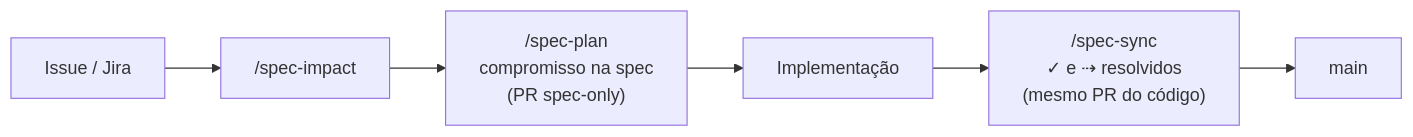
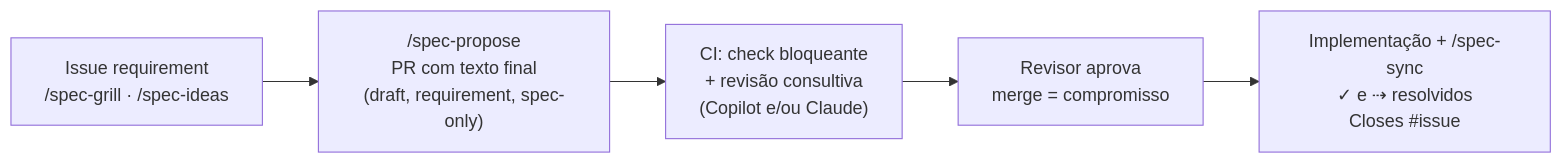
One commit to useful-toys/Tabularium changed the diagram in README.md. Above: the diagram before and after it, drawn with Mermaid. The commit also changed other lines of this file and 29 other files, not shown here.

````diff
--- a/README.md
+++ b/README.md
@@ -11,8 +11,7 @@
 ```mermaid
 flowchart LR
-  T[Issue / Jira] --> I["/spec-impact"]
-  I --> P["/spec-plan<br/>compromisso na spec<br/>(PR spec-only)"]
-  P --> C[Implementação]
-  C --> S["/spec-sync<br/>✓ e ⇢ resolvidos<br/>(mesmo PR do código)"]
-  S --> M[main]
+  I["Issue requirement<br/>/spec-grill · /spec-ideas"] --> P["/spec-propose<br/>PR com texto final<br/>(draft, requirement, spec-only)"]
+  P --> R["CI: check bloqueante<br/>+ revisão consultiva<br/>(Copilot e/ou Claude)"]
+  R --> A["Revisor aprova<br/>merge = compromisso"]
+  A --> C["Implementação + /spec-sync<br/>✓ e ⇢ resolvidos<br/>Closes #issue"]
 ```
````
